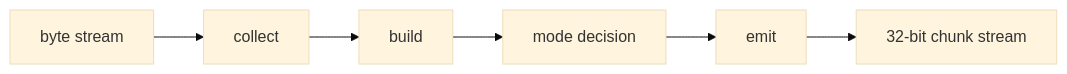
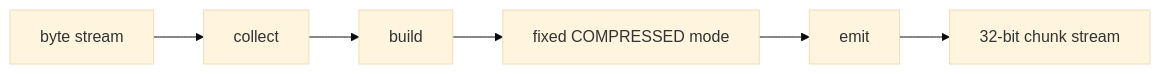
One commit to ngoquocan139/AES_huffman_all6 changed the diagram in docs/dynamic_huffman_encoder_spec.md. Above: the diagram before and after it, drawn with Mermaid (base theme). The commit also changed other lines of this file and 44 other files, not shown here.

Commit message:
remove TX mode decision and update full SoC specs

````diff
--- a/docs/dynamic_huffman_encoder_spec.md
+++ b/docs/dynamic_huffman_encoder_spec.md
@@ -53,8 +54,8 @@
 ```mermaid
 flowchart LR
   IN["byte stream"] --> COL["collect"]
   COL --> BLD["build"]
-  BLD --> MODE["mode decision"]
+  BLD --> MODE["fixed COMPRESSED mode"]
   MODE --> EMIT["emit"]
   EMIT --> OUT["32-bit chunk stream"]
 ```
````
